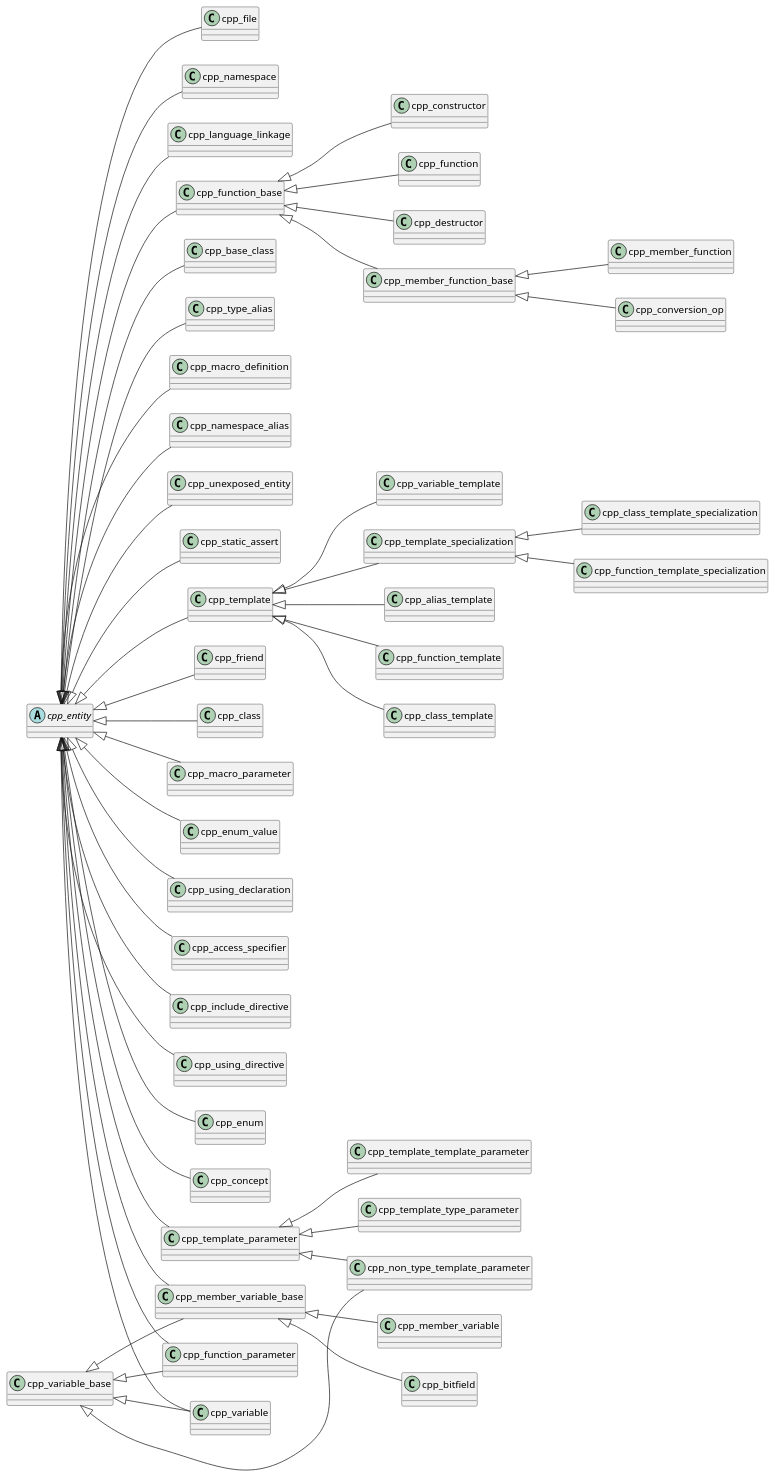
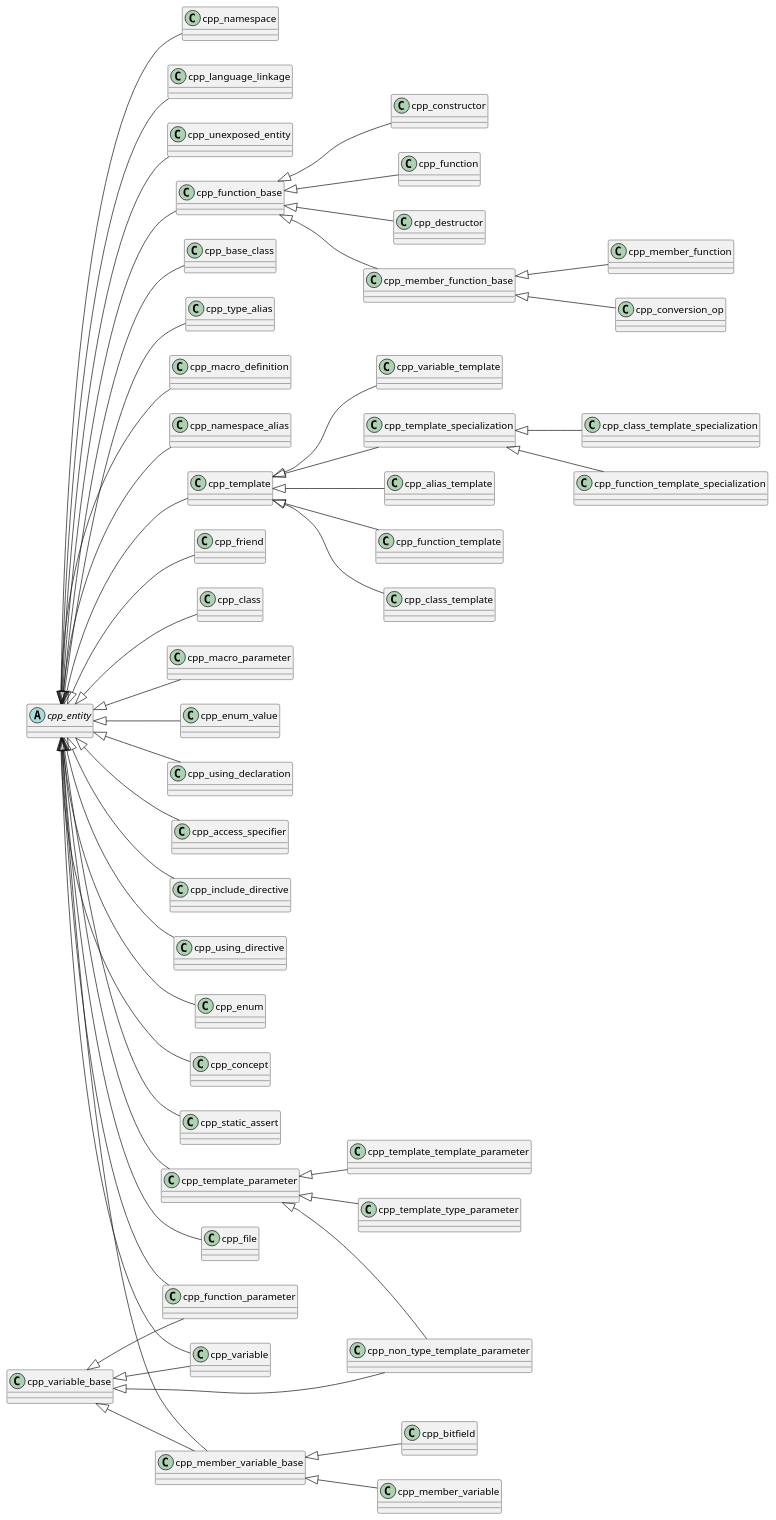
Before and after one commit to bkryza/clang-uml-examples: the diagram in cppast/puml/cpp_entity_class_hierarchy_diagram.puml, drawn with PlantUML. The commit also changed 33 other files, not shown here.

Commit message:
Added makefiles for automated building of example diagrams

```diff
--- a/cppast/puml/cpp_entity_class_hierarchy_diagram.puml
+++ b/cppast/puml/cpp_entity_class_hierarchy_diagram.puml
@@ -1,14 +1,5 @@
 @startuml
 left to right direction
-abstract "cpp_entity" as C_0001854695372332280903
-abstract C_0001854695372332280903 [[https://github.com/foonathan/cppast/blob/f81be80b524a88533f7e5eefd96fe10dc59cc289/include/cppast/cpp_entity.hpp#L47{The base class for all entities in the C++ AST.}]] {
-}
-class "cpp_unexposed_entity" as C_0001449857709503654826
-class C_0001449857709503654826 [[https://github.com/foonathan/cppast/blob/f81be80b524a88533f7e5eefd96fe10dc59cc289/include/cppast/cpp_entity.hpp#L187{A [cppast::cpp_entity]() that isn't exposed directly. The only information available is the raw source code.}]] {
-}
-class "cpp_static_assert" as C_0001035636844572508781
-class C_0001035636844572508781 [[https://github.com/foonathan/cppast/blob/f81be80b524a88533f7e5eefd96fe10dc59cc289/include/cppast/cpp_static_assert.hpp#L12{cpp_static_assert}]] {
-}
 class "cpp_template" as C_0000007122300671081288
 class C_0000007122300671081288 [[https://github.com/foonathan/cppast/blob/f81be80b524a88533f7e5eefd96fe10dc59cc289/include/cppast/cppast_fwd.hpp#L61{cpp_template}]] {
 }
@@ -69,6 +60,9 @@
 class "cpp_function" as C_0001029800296375209800
 class C_0001029800296375209800 [[https://github.com/foonathan/cppast/blob/f81be80b524a88533f7e5eefd96fe10dc59cc289/include/cppast/cppast_fwd.hpp#L39{cpp_function}]] {
 }
+class "cpp_static_assert" as C_0001035636844572508781
+class C_0001035636844572508781 [[https://github.com/foonathan/cppast/blob/f81be80b524a88533f7e5eefd96fe10dc59cc289/include/cppast/cppast_fwd.hpp#L60{cpp_static_assert}]] {
+}
 class "cpp_bitfield" as C_0001142080746427367264
 class C_0001142080746427367264 [[https://github.com/foonathan/cppast/blob/f81be80b524a88533f7e5eefd96fe10dc59cc289/include/cppast/cppast_fwd.hpp#L18{cpp_bitfield}]] {
 }
@@ -92,6 +86,9 @@
 }
 class "cpp_language_linkage" as C_0001368865032388034918
 class C_0001368865032388034918 [[https://github.com/foonathan/cppast/blob/f81be80b524a88533f7e5eefd96fe10dc59cc289/include/cppast/cppast_fwd.hpp#L46{cpp_language_linkage}]] {
+}
+class "cpp_unexposed_entity" as C_0001449857709503654826
+class C_0001449857709503654826 [[https://github.com/foonathan/cppast/blob/f81be80b524a88533f7e5eefd96fe10dc59cc289/include/cppast/cppast_fwd.hpp#L72{cpp_unexposed_entity}]] {
 }
 class "cpp_function_template" as C_0001450758198445278335
 class C_0001450758198445278335 [[https://github.com/foonathan/cppast/blob/f81be80b524a88533f7e5eefd96fe10dc59cc289/include/cppast/cppast_fwd.hpp#L42{cpp_function_template}]] {
@@ -126,6 +123,9 @@
 class "cpp_member_function_base" as C_0001783488486496950492
 class C_0001783488486496950492 [[https://github.com/foonathan/cppast/blob/f81be80b524a88533f7e5eefd96fe10dc59cc289/include/cppast/cppast_fwd.hpp#L51{cpp_member_function_base}]] {
 }
+abstract "cpp_entity" as C_0001854695372332280903
+abstract C_0001854695372332280903 [[https://github.com/foonathan/cppast/blob/f81be80b524a88533f7e5eefd96fe10dc59cc289/include/cppast/cppast_fwd.hpp#L31{cpp_entity}]] {
+}
 class "cpp_function_template_specialization" as C_0001912174880347917630
 class C_0001912174880347917630 [[https://github.com/foonathan/cppast/blob/f81be80b524a88533f7e5eefd96fe10dc59cc289/include/cppast/cppast_fwd.hpp#L43{cpp_function_template_specialization}]] {
 }
@@ -135,8 +135,6 @@
 class "cpp_namespace_alias" as C_0000173412889635012893
 class C_0000173412889635012893 [[https://github.com/foonathan/cppast/blob/f81be80b524a88533f7e5eefd96fe10dc59cc289/include/cppast/cpp_namespace.hpp#L102{A [cppast::cpp_entity]() modelling a namespace alias.}]] {
 }
-C_0001854695372332280903 <|-- C_0001449857709503654826
-C_0001854695372332280903 <|-- C_0001035636844572508781
 C_0001854695372332280903 <|-- C_0000007122300671081288
 C_0001223070325447825853 <|-- C_0000093026110207222749
 C_0001783488486496950492 <|-- C_0000204784596342006018
@@ -156,6 +154,7 @@
 C_0000007122300671081288 <|-- C_0000949738581869538757
 C_0001854695372332280903 <|-- C_0001015000934507811109
 C_0001223070325447825853 <|-- C_0001029800296375209800
+C_0001854695372332280903 <|-- C_0001035636844572508781
 C_0001290905484738066347 <|-- C_0001142080746427367264
 C_0001854695372332280903 <|-- C_0001158442798649543268
 C_0001854695372332280903 <|-- C_0001223070325447825853
@@ -166,6 +165,7 @@
 C_0001854695372332280903 <|-- C_0001352597003719961343
 C_0000184600132526931259 <|-- C_0001352597003719961343
 C_0001854695372332280903 <|-- C_0001368865032388034918
+C_0001854695372332280903 <|-- C_0001449857709503654826
 C_0000007122300671081288 <|-- C_0001450758198445278335
 C_0001158442798649543268 <|-- C_0001461284658212381765
 C_0000184600132526931259 <|-- C_0001461284658212381765
```
